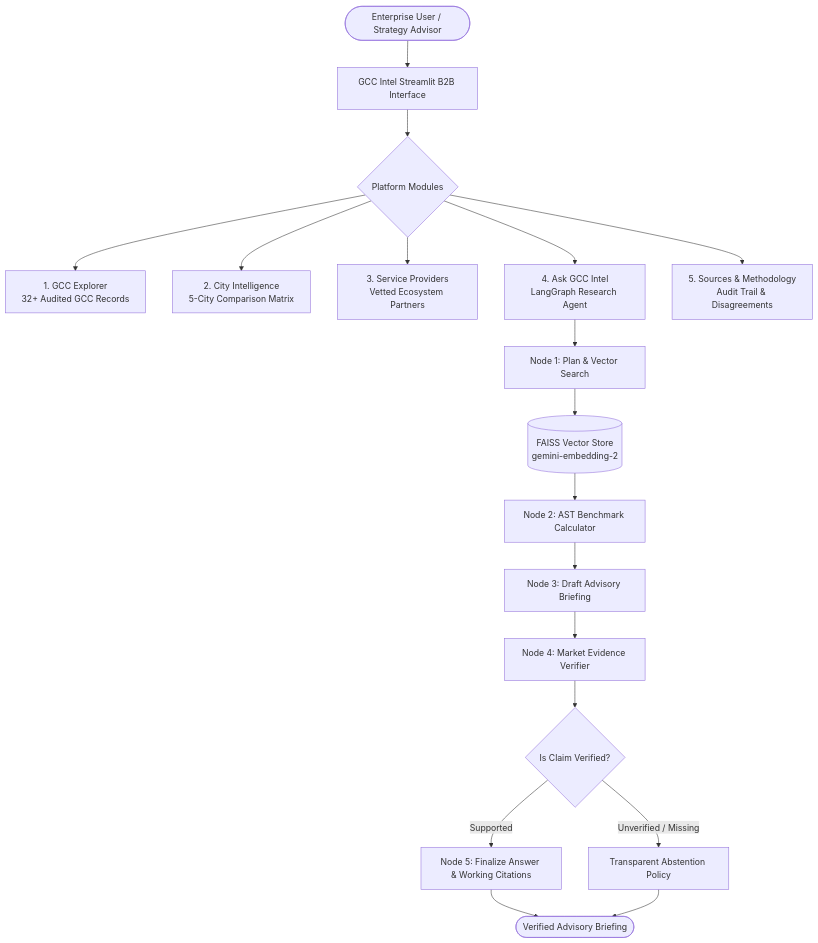
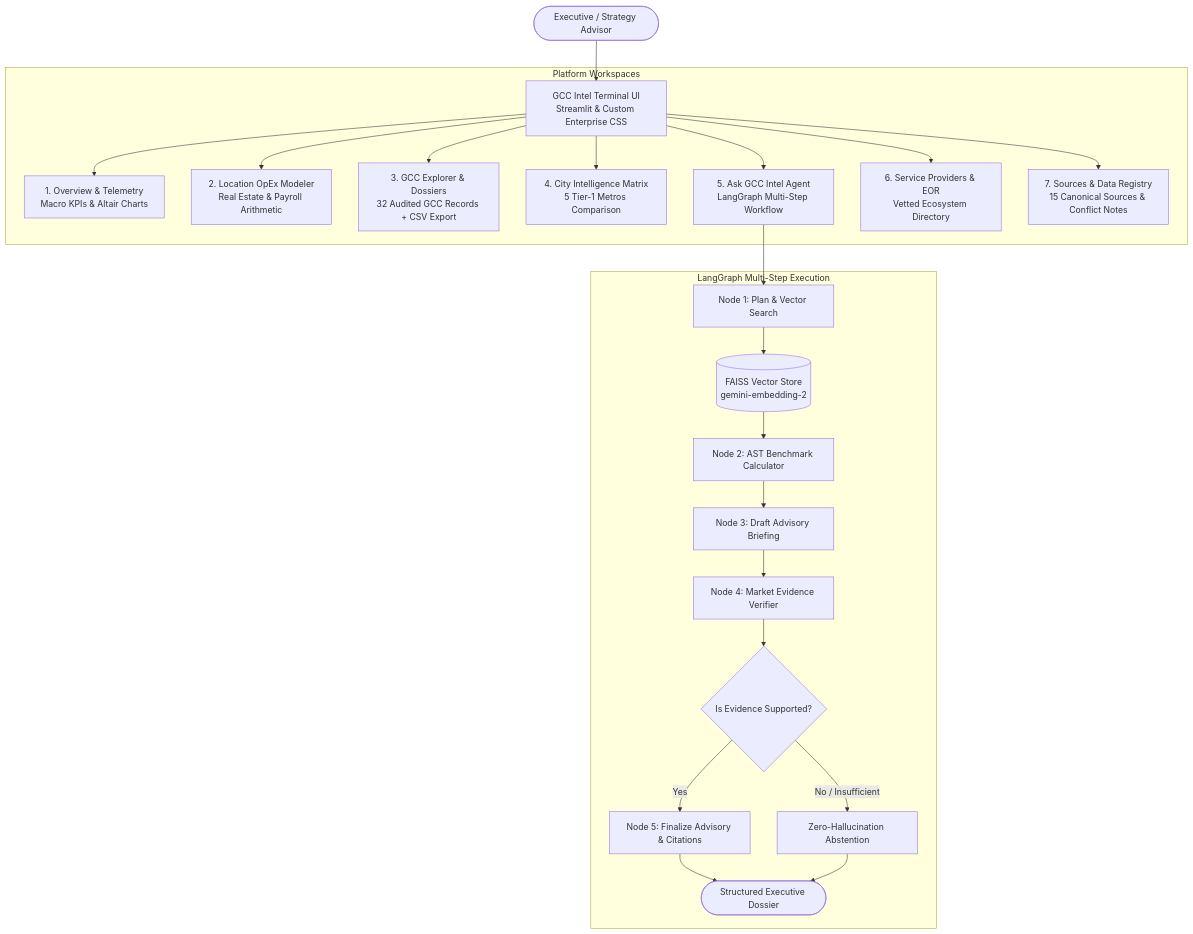
The diagram in README.md (SURYAMS002/gcc), drawn with Mermaid before and after one commit. The commit also changed other lines of this file and 1 other file, not shown here.

Commit message:
Update README and app sidebar with live Streamlit URL https://cu5axikwdfpfurctzwhxtp.streamlit.app/ and comprehensive documentation

````diff
--- a/README.md
+++ b/README.md
@@ -24,22 +34,27 @@
 ```mermaid
 graph TD
-    User([Enterprise User / Strategy Advisor]) --> UI[GCC Intel Streamlit B2B Interface]
-    UI --> Modules{Platform Modules}
+    User([Executive / Strategy Advisor]) --> UI[GCC Intel Terminal UI\nStreamlit & Custom Enterprise CSS]
     
-    Modules --> Exp[1. GCC Explorer\n32+ Audited GCC Records]
-    Modules --> City[2. City Intelligence\n5-City Comparison Matrix]
-    Modules --> Prov[3. Service Providers\nVetted Ecosystem Partners]
-    Modules --> RAG[4. Ask GCC Intel\nLangGraph Research Agent]
-    Modules --> Src[5. Sources & Methodology\nAudit Trail & Disagreements]
+    subgraph UI_Modules [Platform Workspaces]
+        UI --> M1[1. Overview & Telemetry\nMacro KPIs & Altair Charts]
+        UI --> M2[2. Location OpEx Modeler\nReal Estate & Payroll Arithmetic]
+        UI --> M3[3. GCC Explorer & Dossiers\n32 Audited GCC Records + CSV Export]
+        UI --> M4[4. City Intelligence Matrix\n5 Tier-1 Metros Comparison]
+        UI --> M5[5. Ask GCC Intel Agent\nLangGraph Multi-Step Workflow]
+        UI --> M6[6. Service Providers & EOR\nVetted Ecosystem Directory]
+        UI --> M7[7. Sources & Data Registry\n15 Canonical Sources & Conflict Notes]
+    end
 
-    RAG --> PlanSearch[Node 1: Plan & Vector Search]
-    PlanSearch --> FAISS[(FAISS Vector Store\ngemini-embedding-2)]
-    FAISS --> CalcNode[Node 2: AST Benchmark Calculator]
-    CalcNode --> DraftNode[Node 3: Draft Advisory Briefing]
-    DraftNode --> VerifyNode[Node 4: Market Evidence Verifier]
-    VerifyNode --> Check{Is Claim Verified?}
-    Check -- Supported --> FinalNode[Node 5: Finalize Answer & Working Citations]
-    Check -- Unverified / Missing --> Abstain[Transparent Abstention Policy]
-    FinalNode --> Output([Verified Advisory Briefing])
-    Abstain --> Output
+    subgraph Agentic_Pipeline [LangGraph Multi-Step Execution]
+        M5 --> N1[Node 1: Plan & Vector Search]
+        N1 --> VStore[(FAISS Vector Store\ngemini-embedding-2)]
+        VStore --> N2[Node 2: AST Benchmark Calculator]
+        N2 --> N3[Node 3: Draft Advisory Briefing]
+        N3 --> N4[Node 4: Market Evidence Verifier]
+        N4 --> Branch{Is Evidence Supported?}
+        Branch -- Yes --> N5[Node 5: Finalize Advisory & Citations]
+        Branch -- No / Insufficient --> N6[Zero-Hallucination Abstention]
+        N5 --> Output([Structured Executive Dossier])
+        N6 --> Output
+    end
 ```
````
